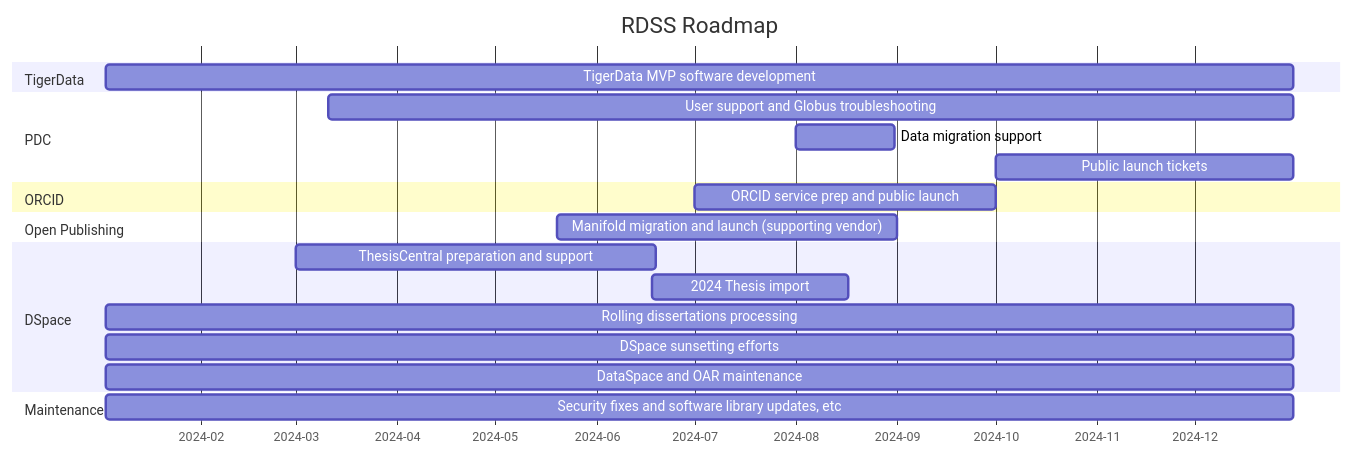
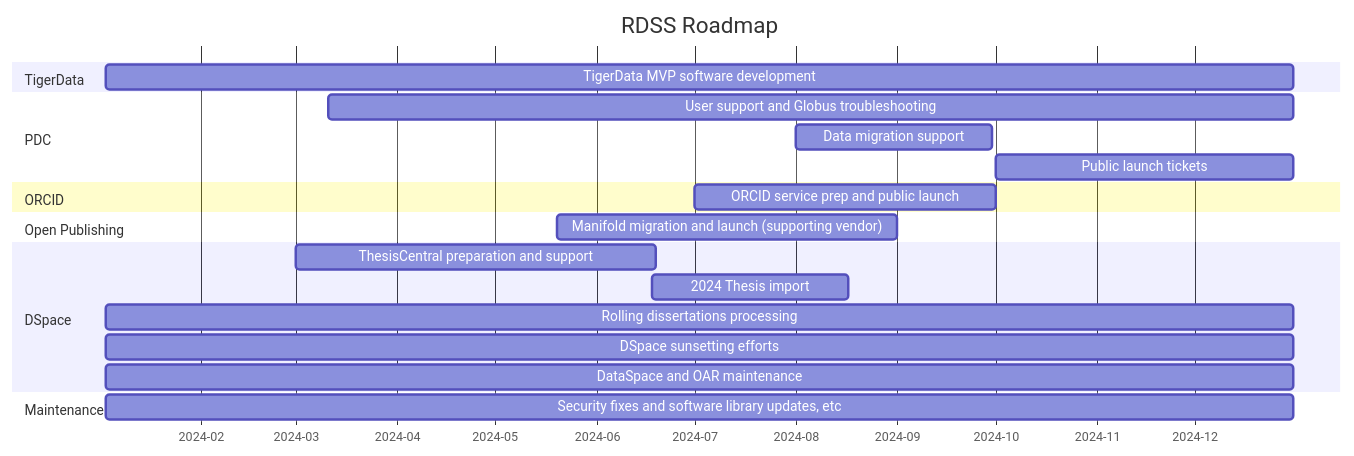
One commit to pulibrary/rdss-handbook changed the diagram in roadmap.md. Above: the diagram before and after it, drawn with Mermaid.

Commit message:
Update roadmap.md make data migration support for a longer time

````diff
--- a/roadmap.md
+++ b/roadmap.md
@@ -5,24 +5,24 @@
 ```mermaid
 gantt
     title RDSS Roadmap
     axisFormat  %Y-%m
     dateformat YYYY-MM
     section TigerData
     TigerData MVP software development: td1,2024-01-03,363d
     section PDC
     User support and Globus troubleshooting: pd1,2024-03-11,295d
-    Data migration support: pd2, 2024-08-01,30d
+    Data migration support: pd2, 2024-08-01,60d
     Public launch tickets: pd3,2024-10-01,91d
     section ORCID
     ORCID service prep and public launch: or1,2024-07-01,92d
     section Open Publishing
     Manifold migration and launch (supporting vendor): op1,2024-05-20,104d
     section DSpace
     ThesisCentral preparation and support: dsp1,2024-03-01,110d
     2024 Thesis import: dsp2,2024-06-18,60d
     Rolling dissertations processing: dsp3,2024-01-03,363d
     DSpace sunsetting efforts: dsp4,2024-01-03,363d
     DataSpace and OAR maintenance: dsp5,2024-01-03,363d
     section Maintenance
     Security fixes and software library updates, etc: man1,2024-01-03,363d
 ```
````
